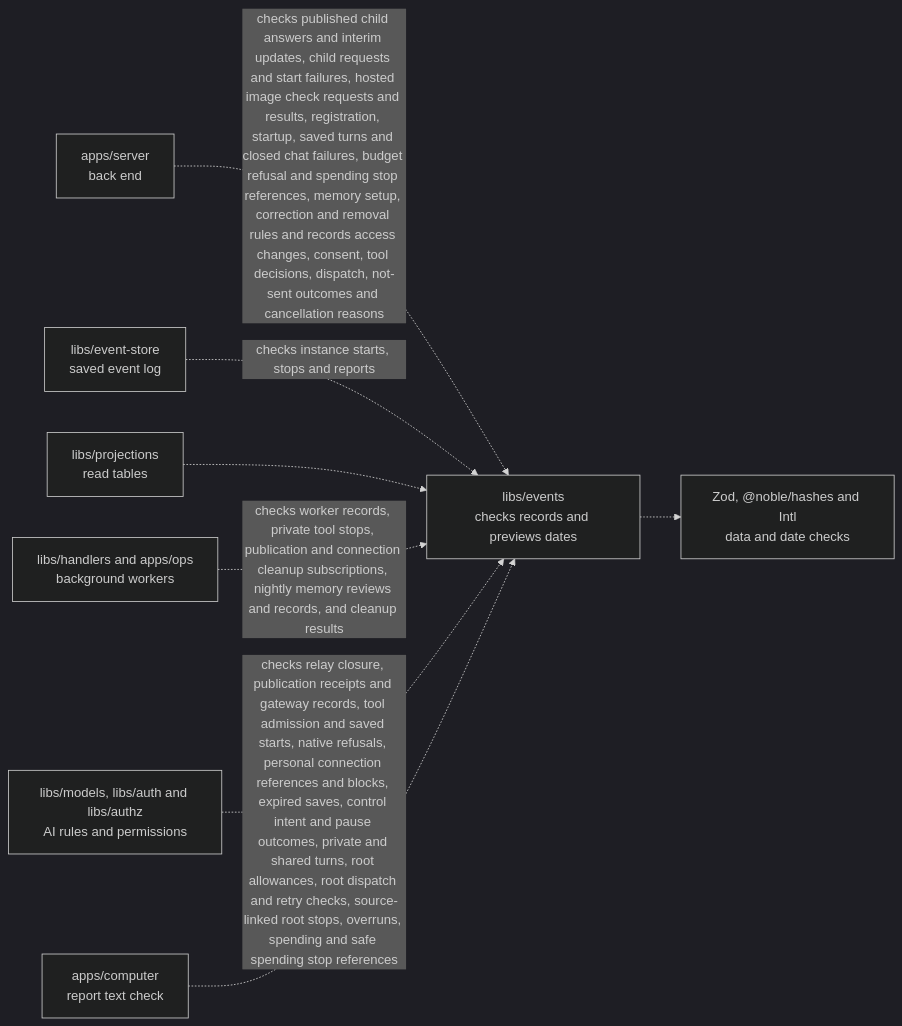
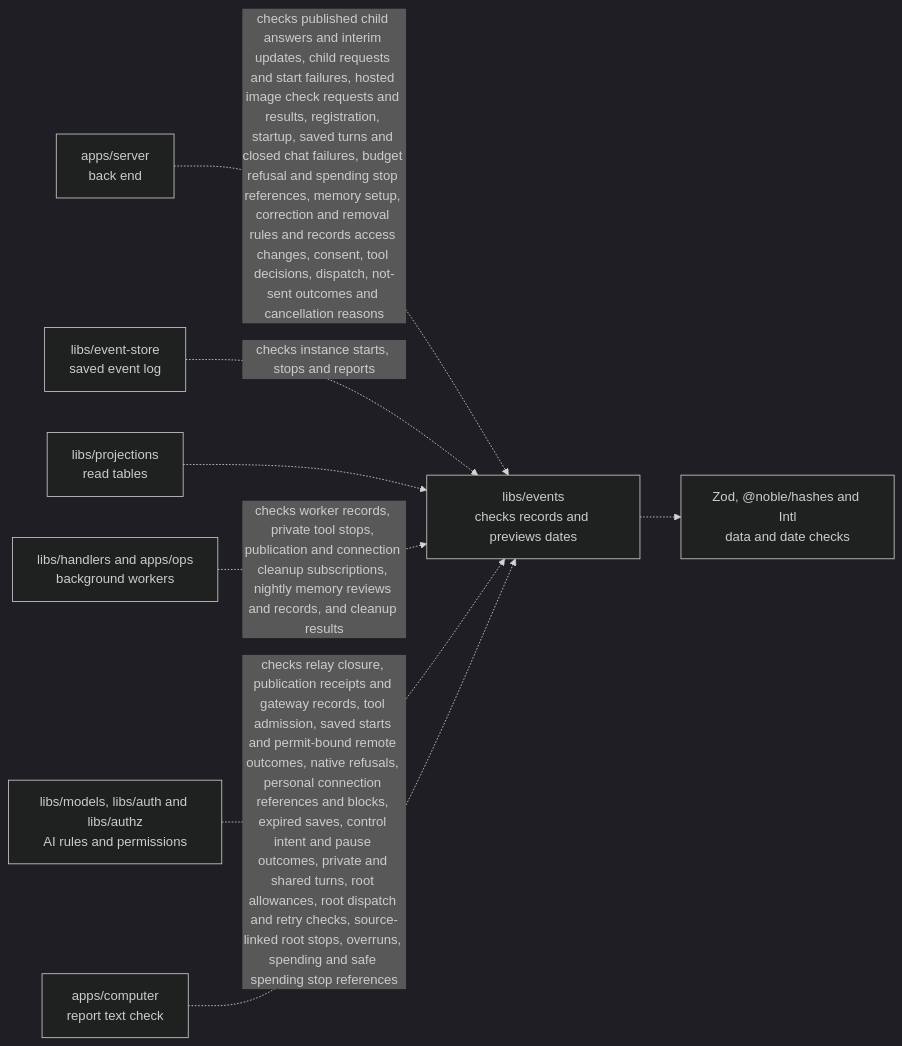
The diagram in libs/events/README.md (elewa-git/opencrane-new), drawn with Mermaid (dark theme) before and after one commit. The commit also changed other lines of this file and 13 other files, not shown here.

Commit message:
🔒 Save remote tool outcomes against the consumed permit

````diff
--- a/libs/events/README.md
+++ b/libs/events/README.md
@@ -27,10 +27,10 @@
 ```mermaid
 flowchart LR
   server["apps/server<br/>back end"] -.->|checks published child answers and interim updates, child requests and start failures, hosted image check requests and results, registration, startup, saved turns and closed chat failures, budget refusal and spending stop references, memory setup, correction and removal rules and records access changes, consent, tool decisions, dispatch, not-sent outcomes and cancellation reasons| events["libs/events<br/>checks records and previews dates"]
   store["libs/event-store<br/>saved event log"] -.->|checks instance starts, stops and reports| events
   projections["libs/projections<br/>read tables"] -.-> events
   workers["libs/handlers and apps/ops<br/>background workers"] -.->|checks worker records, private tool stops, publication and connection cleanup subscriptions, nightly memory reviews and records, and cleanup results| events
-  others["libs/models, libs/auth and libs/authz<br/>AI rules and permissions"] -.->|checks relay closure, publication receipts and gateway records, tool admission and saved starts, native refusals, personal connection references and blocks, expired saves, control intent and pause outcomes, private and shared turns, root allowances, root dispatch and retry checks, source-linked root stops, overruns, spending and safe spending stop references| events
+  others["libs/models, libs/auth and libs/authz<br/>AI rules and permissions"] -.->|checks relay closure, publication receipts and gateway records, tool admission, saved starts and permit-bound remote outcomes, native refusals, personal connection references and blocks, expired saves, control intent and pause outcomes, private and shared turns, root allowances, root dispatch and retry checks, source-linked root stops, overruns, spending and safe spending stop references| events
   computer["apps/computer<br/>report text check"] -.-> events
   events -.-> checks["Zod, @noble/hashes and Intl<br/>data and date checks"]
 ```
````
